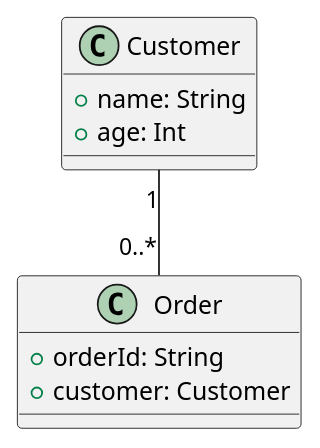
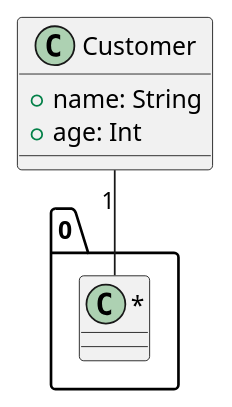
Before and after one commit to Haibrosh/OOAD_PlantUML_CICD: the diagram in docs/test-diagram.puml, drawn with PlantUML. The commit also changed 3 other files, not shown here.

```diff
--- a/docs/test-diagram.puml
+++ b/docs/test-diagram.puml
@@ -1,14 +1,10 @@
 @startuml
 
 class Customer {
     +name: String
     +age: Int
 }
 
-class Order {
-    +orderId: String
-    +customer: Customer
-}
-Customer "1" -- "0..*" Order
+Customer "1" -- "0..*"
 
 @enduml
```
